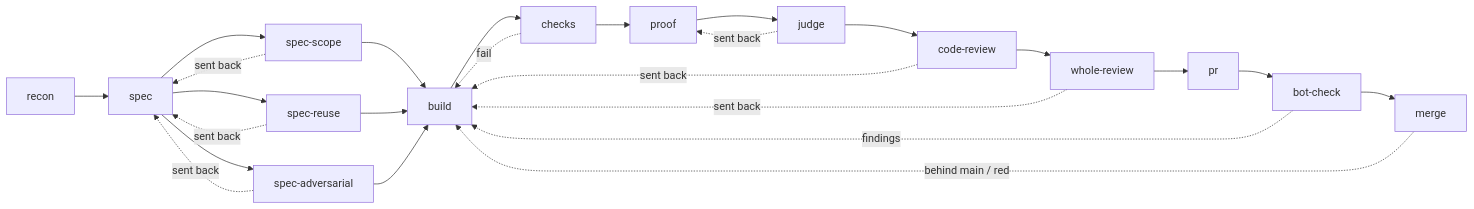
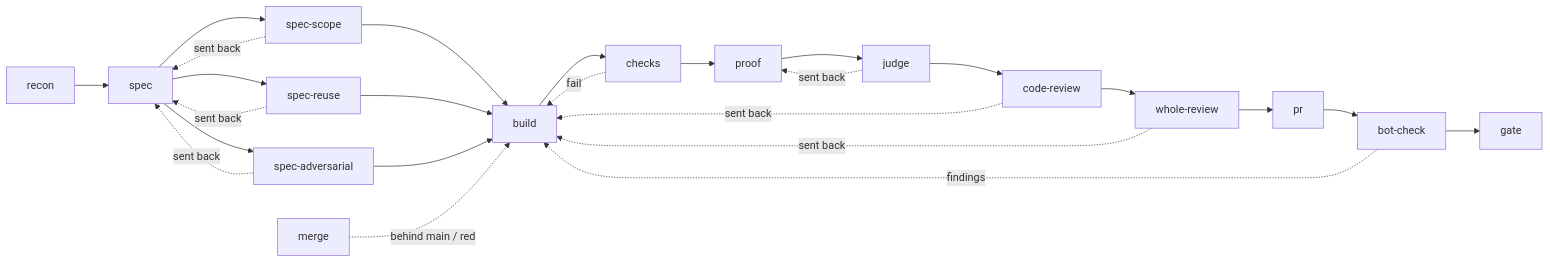
The third of 4 diagrams in docs/plans/2026-10-21/workflow-redesign/design.md (jcoble/mac-command-bar), drawn with Mermaid before and after one commit. The commit also changed other lines of this file and 5 other files, not shown here.

````diff
--- a/docs/plans/2026-10-21/workflow-redesign/design.md
+++ b/docs/plans/2026-10-21/workflow-redesign/design.md
@@ -335,12 +329,12 @@
 ```mermaid
 flowchart LR
   recon --> spec --> s1[spec-scope] & s2[spec-reuse] & s3[spec-adversarial]
   s1 & s2 & s3 -. sent back .-> spec
-  s1 & s2 & s3 --> build --> checks --> proof --> judge --> review[code-review] --> whole[whole-review] --> pr --> bot[bot-check] --> merge
+  s1 & s2 & s3 --> build --> checks --> proof --> judge --> review[code-review] --> whole[whole-review] --> pr --> bot[bot-check] --> gate
   checks -. fail .-> build
   judge -. sent back .-> proof
   review -. sent back .-> build
   whole -. sent back .-> build
   bot -. findings .-> build
   merge -. behind main / red .-> build
 ```
````
